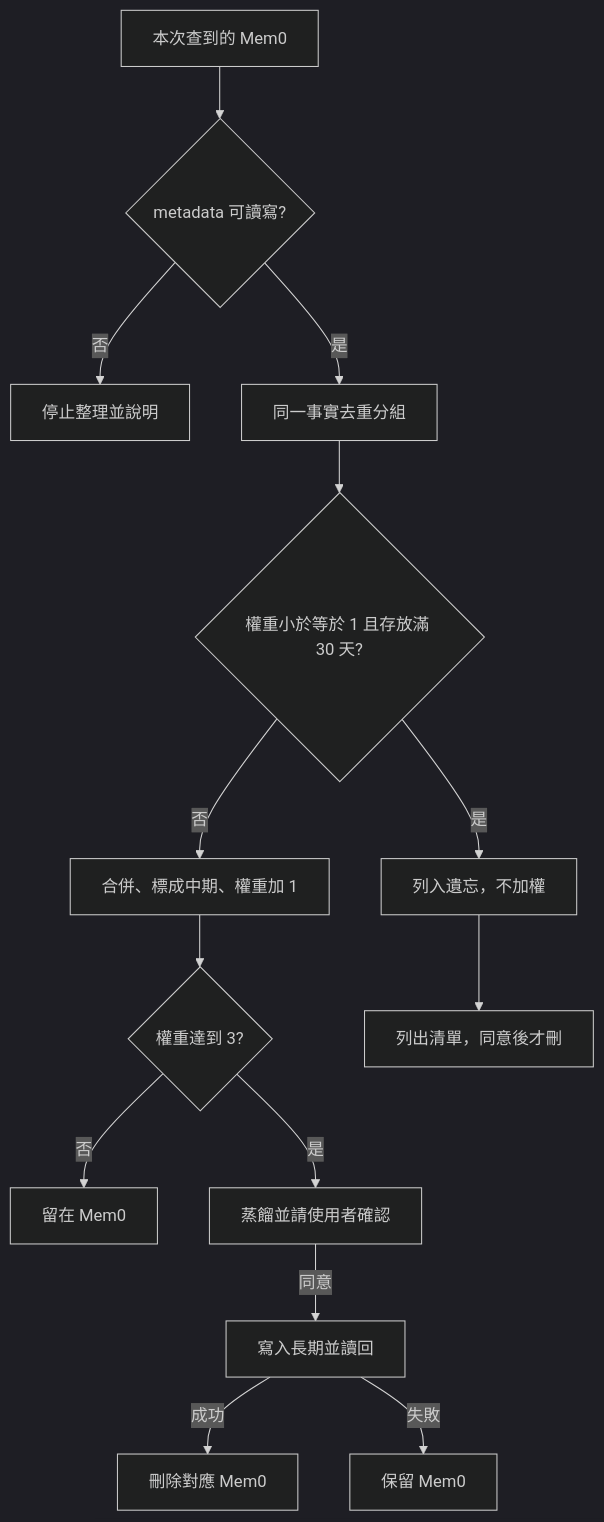
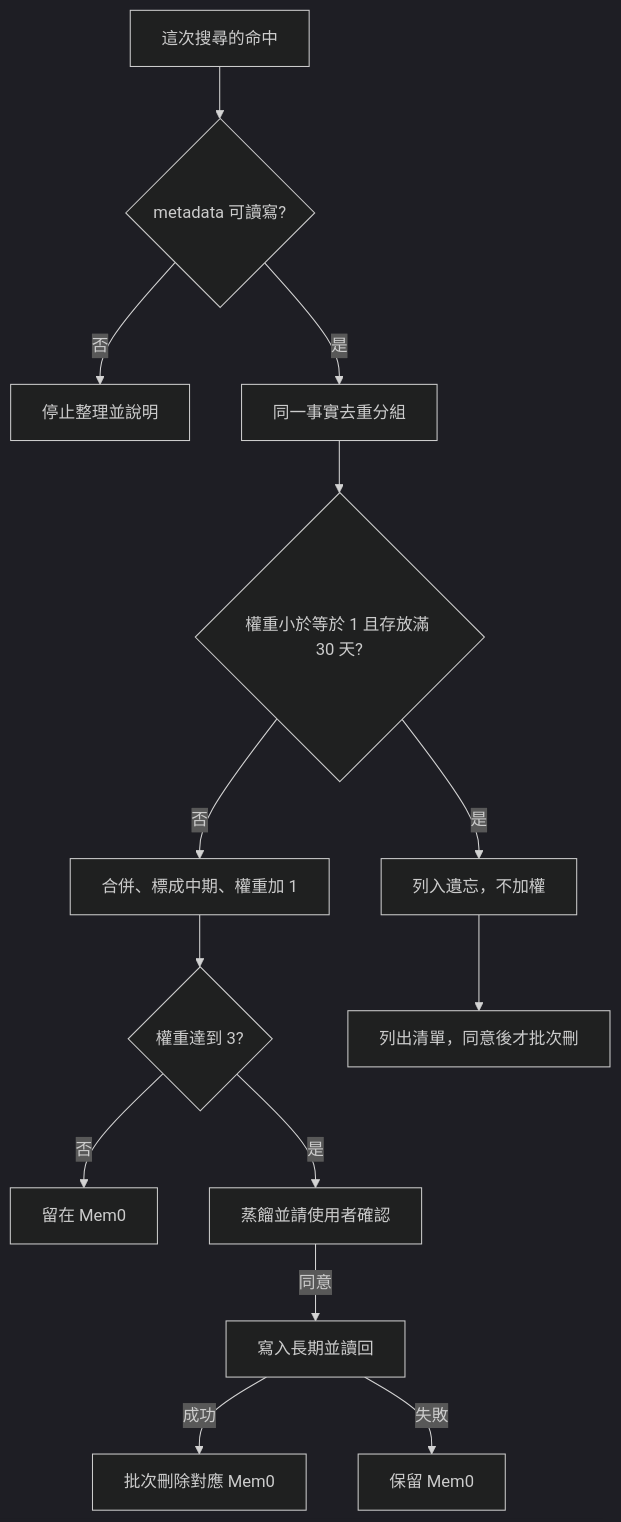
One commit to VECTOR-COOL/my-agent-toolkit changed the diagram in my-skills/my-workflow/skills/my-memory-consolidate/SKILL.md. Above: the diagram before and after it, drawn with Mermaid (dark theme). The commit also changed other lines of this file and 23 other files, not shown here.

````diff
--- a/my-skills/my-workflow/skills/my-memory-consolidate/SKILL.md
+++ b/my-skills/my-workflow/skills/my-memory-consolidate/SKILL.md
@@ -10,16 +10,16 @@
 ```mermaid
 graph TD
-  Hit[本次查到的 Mem0] --> Meta{metadata 可讀寫?}
+  Hit[這次搜尋的命中] --> Meta{metadata 可讀寫?}
   Meta -->|否| Stop[停止整理並說明]
   Meta -->|是| Group[同一事實去重分組]
   Group --> Old{權重小於等於 1 且存放滿 30 天?}
   Old -->|是| Forget[列入遺忘，不加權]
   Old -->|否| Mid[合併、標成中期、權重加 1]
   Mid --> High{權重達到 3?}
   High -->|否| Stay[留在 Mem0]
   High -->|是| Ask[蒸餾並請使用者確認]
   Ask -->|同意| Perm[寫入長期並讀回]
-  Perm -->|成功| Del[刪除對應 Mem0]
+  Perm -->|成功| Del[批次刪除對應 Mem0]
   Perm -->|失敗| Keep[保留 Mem0]
-  Forget --> Wait[列出清單，同意後才刪]
+  Forget --> Wait[列出清單，同意後才批次刪]
 ```
````
